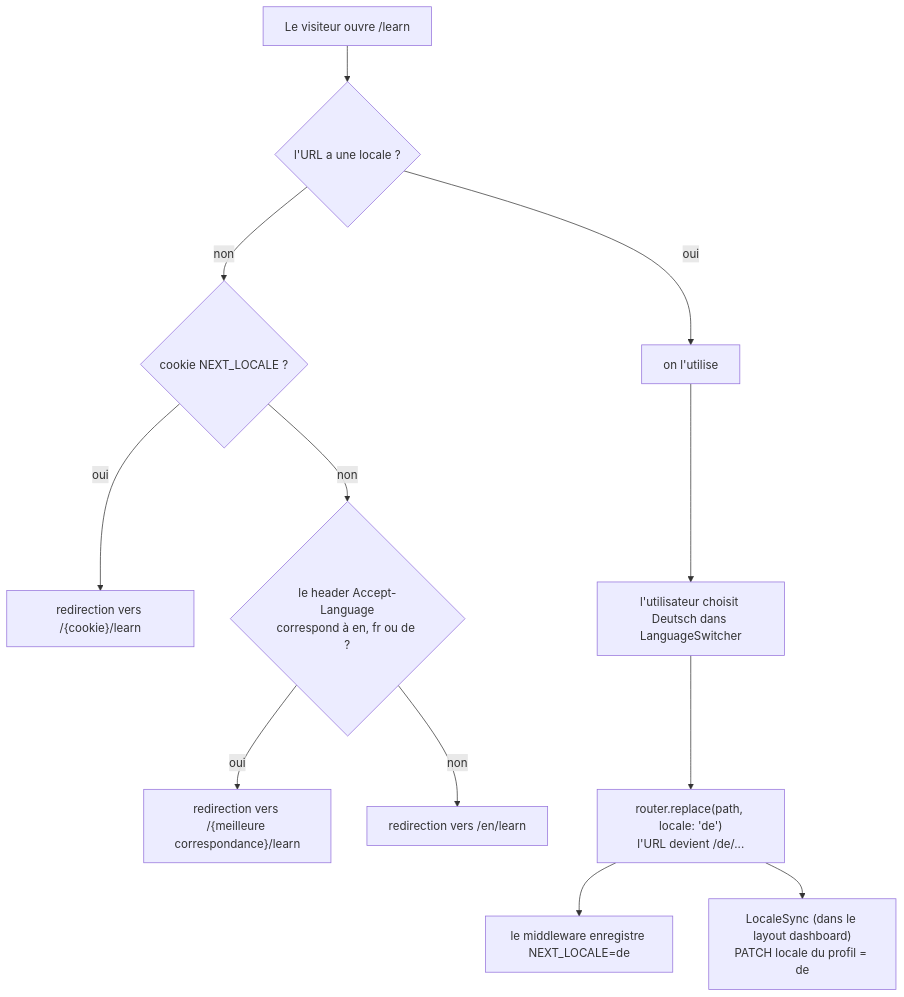
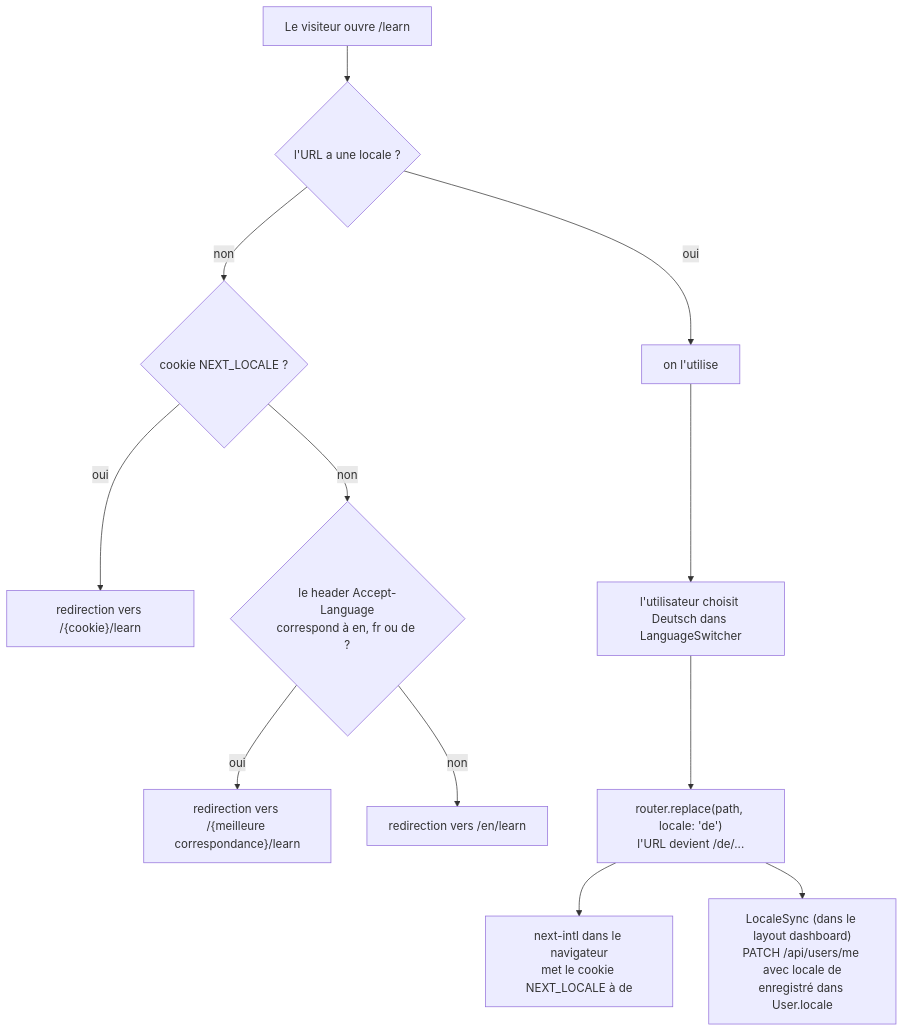
Before and after one commit to VictorBro/ft_transcendence: the sixth of 6 diagrams in docs-fr/web/02-routing-layouts-i18n.md, drawn with Mermaid. The commit also changed other lines of this file and 85 other files, not shown here.

````diff
--- a/docs-fr/web/02-routing-layouts-i18n.md
+++ b/docs-fr/web/02-routing-layouts-i18n.md
@@ -744,14 +779,14 @@
 ```mermaid
 flowchart TD
     A["Le visiteur ouvre /learn"] --> B{"l'URL a une locale ?"}
     B -- oui --> USE["on l'utilise"]
     B -- non --> C{"cookie NEXT_LOCALE ?"}
     C -- oui --> R["redirection vers /{cookie}/learn"]
     C -- non --> D{"le header Accept-Language<br/>correspond à en, fr ou de ?"}
     D -- oui --> R2["redirection vers /{meilleure correspondance}/learn"]
     D -- non --> R3["redirection vers /en/learn"]
     USE --> E["l'utilisateur choisit Deutsch dans LanguageSwitcher"]
     E --> F["router.replace(path, locale: 'de')<br/>l'URL devient /de/..."]
-    F --> G["le middleware enregistre NEXT_LOCALE=de"]
-    F --> H["LocaleSync (dans le layout dashboard)<br/>PATCH locale du profil = de"]
+    F --> G["next-intl dans le navigateur<br/>met le cookie NEXT_LOCALE à de"]
+    F --> H["LocaleSync (dans le layout dashboard)<br/>PATCH /api/users/me avec locale de<br/>enregistré dans User.locale"]
 ```
````
